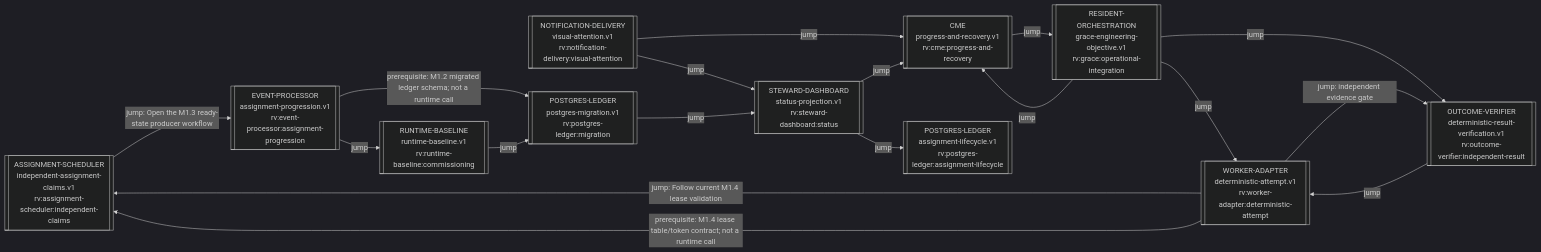
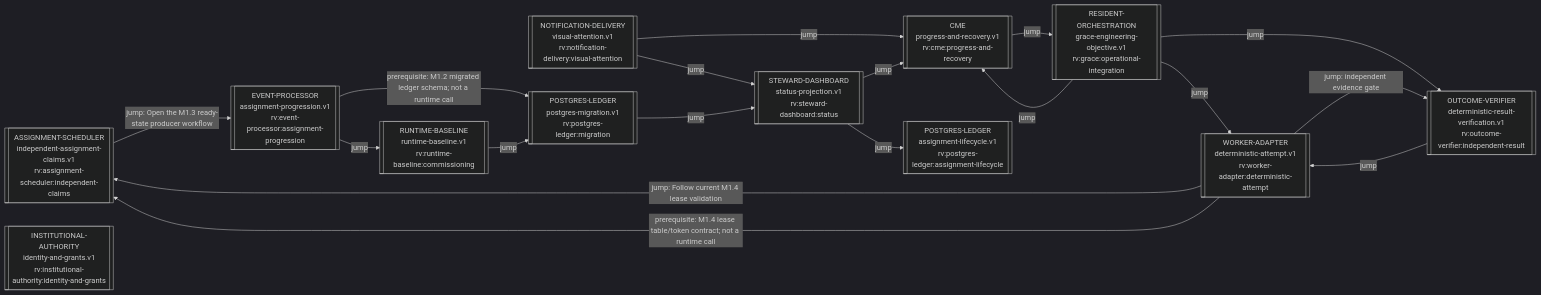
The diagram in process_graphs/generated/RIVERVIEW_PROCESS_GRAPH.md (ppow1/Riverview-), drawn with Mermaid (dark theme) before and after one commit. The commit also changed other lines of this file and 42 other files, not shown here.

Commit message:
feat(m4.1): add durable institutional authority registry

````diff
--- a/process_graphs/generated/RIVERVIEW_PROCESS_GRAPH.md
+++ b/process_graphs/generated/RIVERVIEW_PROCESS_GRAPH.md
@@ -9,31 +9,32 @@
 ```mermaid
 flowchart LR
   g_rv_assignment_scheduler_independent_claims_88bd80c4[["ASSIGNMENT-SCHEDULER<br/>independent-assignment-claims.v1<br/>rv:assignment-scheduler:independent-claims"]]
   g_rv_cme_progress_and_recovery_402efffa[["CME<br/>progress-and-recovery.v1<br/>rv:cme:progress-and-recovery"]]
   g_rv_event_processor_assignment_progression_fa10db2d[["EVENT-PROCESSOR<br/>assignment-progression.v1<br/>rv:event-processor:assignment-progression"]]
   g_rv_grace_operational_integration_9989f0be[["RESIDENT-ORCHESTRATION<br/>grace-engineering-objective.v1<br/>rv:grace:operational-integration"]]
+  g_rv_institutional_authority_identity_and_grants_05fdf0c5[["INSTITUTIONAL-AUTHORITY<br/>identity-and-grants.v1<br/>rv:institutional-authority:identity-and-grants"]]
   g_rv_notification_delivery_visual_attention_3f4f84d2[["NOTIFICATION-DELIVERY<br/>visual-attention.v1<br/>rv:notification-delivery:visual-attention"]]
   g_rv_outcome_verifier_independent_result_1d5c0875[["OUTCOME-VERIFIER<br/>deterministic-result-verification.v1<br/>rv:outcome-verifier:independent-result"]]
   g_rv_postgres_ledger_assignment_lifecycle_a9a01b67[["POSTGRES-LEDGER<br/>assignment-lifecycle.v1<br/>rv:postgres-ledger:assignment-lifecycle"]]
   g_rv_postgres_ledger_migration_4c89ef23[["POSTGRES-LEDGER<br/>postgres-migration.v1<br/>rv:postgres-ledger:migration"]]
   g_rv_runtime_baseline_commissioning_46ff1ccf[["RUNTIME-BASELINE<br/>runtime-baseline.v1<br/>rv:runtime-baseline:commissioning"]]
   g_rv_steward_dashboard_status_75f7c259[["STEWARD-DASHBOARD<br/>status-projection.v1<br/>rv:steward-dashboard:status"]]
   g_rv_worker_adapter_deterministic_attempt_15d59b6f[["WORKER-ADAPTER<br/>deterministic-attempt.v1<br/>rv:worker-adapter:deterministic-attempt"]]
   g_rv_assignment_scheduler_independent_claims_88bd80c4 -->|jump: Open the M1.3 ready-state producer workflow| g_rv_event_processor_assignment_progression_fa10db2d
   g_rv_cme_progress_and_recovery_402efffa -->|jump| g_rv_grace_operational_integration_9989f0be
   g_rv_event_processor_assignment_progression_fa10db2d -->|prerequisite: M1.2 migrated ledger schema; not a runtime call| g_rv_postgres_ledger_migration_4c89ef23
   g_rv_event_processor_assignment_progression_fa10db2d -->|jump| g_rv_runtime_baseline_commissioning_46ff1ccf
   g_rv_grace_operational_integration_9989f0be -->|jump| g_rv_worker_adapter_deterministic_attempt_15d59b6f
   g_rv_grace_operational_integration_9989f0be -->|jump| g_rv_cme_progress_and_recovery_402efffa
   g_rv_grace_operational_integration_9989f0be -->|jump| g_rv_outcome_verifier_independent_result_1d5c0875
   g_rv_notification_delivery_visual_attention_3f4f84d2 -->|jump| g_rv_cme_progress_and_recovery_402efffa
   g_rv_notification_delivery_visual_attention_3f4f84d2 -->|jump| g_rv_steward_dashboard_status_75f7c259
   g_rv_outcome_verifier_independent_result_1d5c0875 -->|jump| g_rv_worker_adapter_deterministic_attempt_15d59b6f
   g_rv_postgres_ledger_migration_4c89ef23 -->|jump| g_rv_steward_dashboard_status_75f7c259
   g_rv_runtime_baseline_commissioning_46ff1ccf -->|jump| g_rv_postgres_ledger_migration_4c89ef23
   g_rv_steward_dashboard_status_75f7c259 -->|jump| g_rv_postgres_ledger_assignment_lifecycle_a9a01b67
   g_rv_steward_dashboard_status_75f7c259 -->|jump| g_rv_cme_progress_and_recovery_402efffa
   g_rv_worker_adapter_deterministic_attempt_15d59b6f -->|jump: Follow current M1.4 lease validation| g_rv_assignment_scheduler_independent_claims_88bd80c4
   g_rv_worker_adapter_deterministic_attempt_15d59b6f -->|prerequisite: M1.4 lease table/token contract; not a runtime call| g_rv_assignment_scheduler_independent_claims_88bd80c4
   g_rv_worker_adapter_deterministic_attempt_15d59b6f -->|jump: independent evidence gate| g_rv_outcome_verifier_independent_result_1d5c0875
 ```
````
